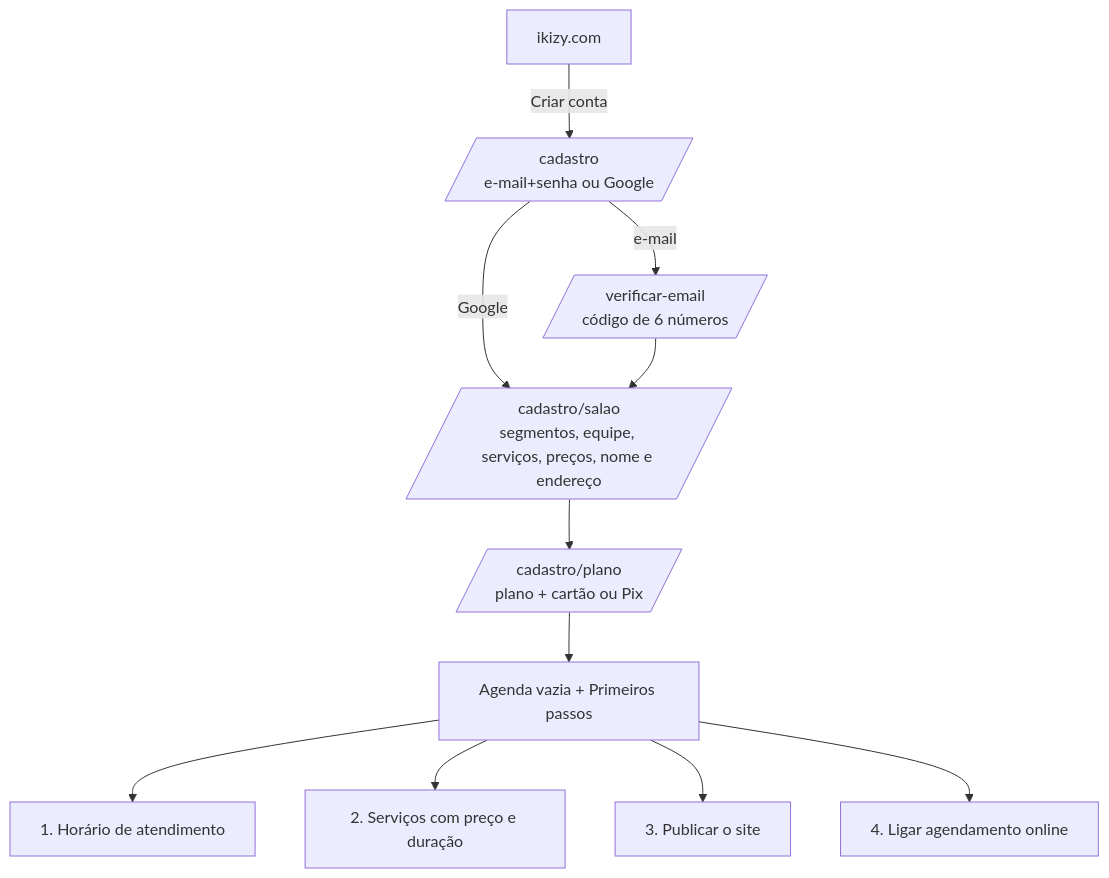
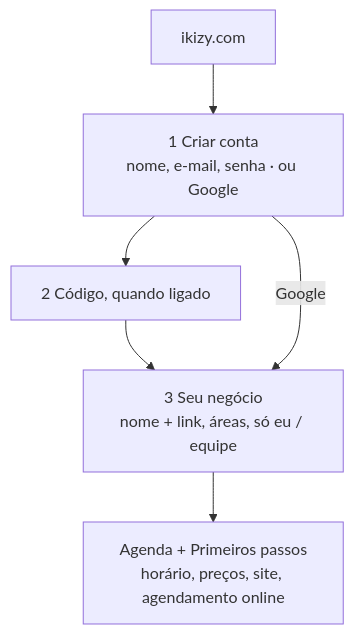
The first of 11 diagrams in docs/PLANO-DE-EXPERIENCIA.md (evally-crm/ikizy), drawn with Mermaid before and after one commit. The commit also changed other lines of this file, not shown here.

First line of the commit message:
docs(plano): análise do acesso e cadastro e proposta em 3 telas

````diff
--- a/docs/PLANO-DE-EXPERIENCIA.md
+++ b/docs/PLANO-DE-EXPERIENCIA.md
@@ -356,13 +358,8 @@
 ```mermaid
 flowchart TD
-    L[ikizy.com] -->|Criar conta| C[/cadastro<br/>e-mail+senha ou Google/]
-    C -->|e-mail| V[/verificar-email<br/>código de 6 números/]
-    C -->|Google| Q
-    V --> Q[/cadastro/salao<br/>segmentos, equipe, serviços, preços, nome e endereço/]
-    Q --> P[/cadastro/plano<br/>plano + cartão ou Pix/]
-    P --> A[Agenda vazia + Primeiros passos]
-    A --> H[1. Horário de atendimento]
-    A --> S[2. Serviços com preço e duração]
-    A --> W[3. Publicar o site]
-    A --> O[4. Ligar agendamento online]
+    L[ikizy.com] --> C[1 Criar conta<br/>nome, e-mail, senha · ou Google]
+    C --> V[2 Código, quando ligado]
+    V --> N[3 Seu negócio<br/>nome + link, áreas, só eu / equipe]
+    C -->|Google| N
+    N --> A[Agenda + Primeiros passos<br/>horário, preços, site, agendamento online]
 ```
````
